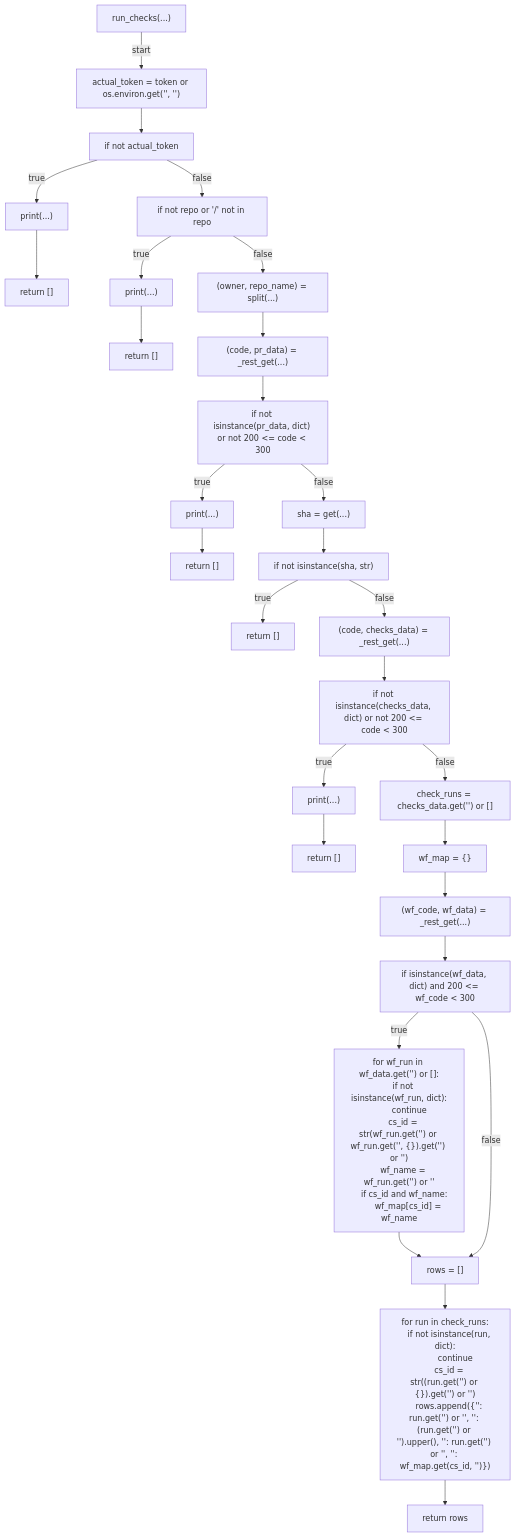
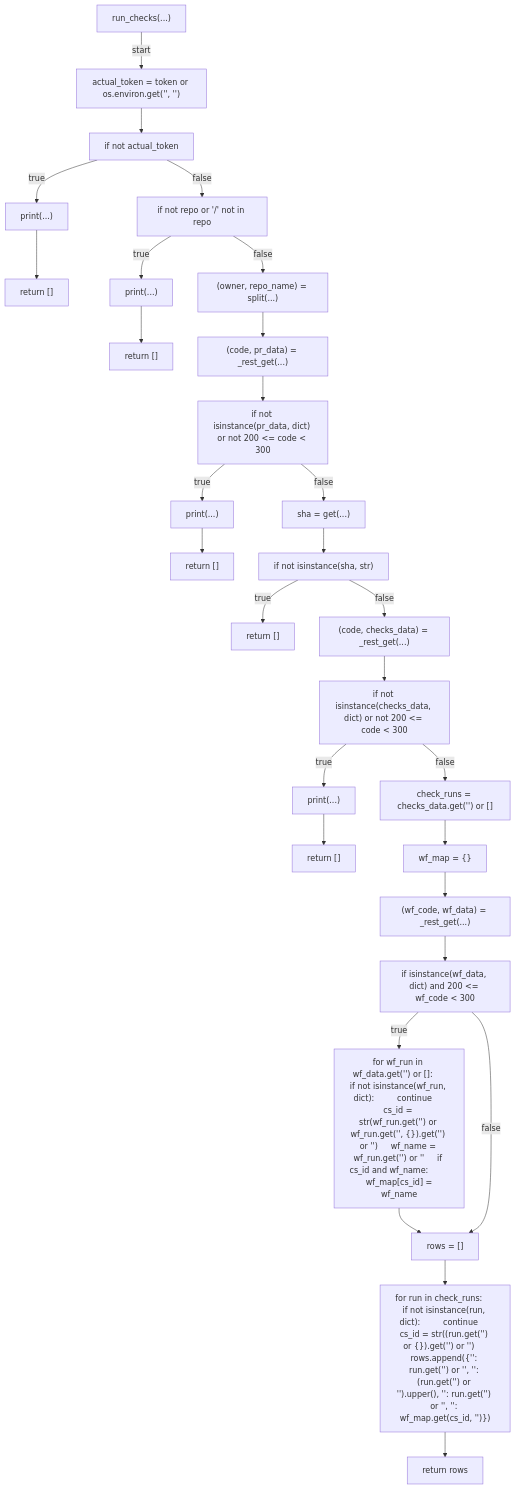
Before and after one commit to tvna/claude-md: the fifth of 11 diagrams in docs/generated/scripts/ast/ci_early_status_probe.md, drawn with Mermaid. The commit also changed other lines of this file and 20 other files, not shown here.

First line of the commit message:
docs(generated): regenerate decision tree and workflow diagrams (batch 1/5)

````diff
--- a/docs/generated/scripts/ast/ci_early_status_probe.md
+++ b/docs/generated/scripts/ast/ci_early_status_probe.md
@@ -132,69 +121,59 @@
 ```mermaid
 flowchart TD
     N001["run_checks(...)"]
     N002["actual_token = token or os.environ.get('<str>', '<str>')"]
     N003["if not actual_token"]
     N004["print(...)"]
     N005["return []"]
     N006["if not repo or '/' not in repo"]
     N007["print(...)"]
     N008["return []"]
     N009["(owner, repo_name) = split(...)"]
     N010["(code, pr_data) = _rest_get(...)"]
     N011["if not isinstance(pr_data, dict) or not 200 <= code < 300"]
     N012["print(...)"]
     N013["return []"]
     N014["sha = get(...)"]
     N015["if not isinstance(sha, str)"]
     N016["return []"]
     N017["(code, checks_data) = _rest_get(...)"]
     N018["if not isinstance(checks_data, dict) or not 200 <= code < 300"]
     N019["print(...)"]
     N020["return []"]
     N021["check_runs = checks_data.get('<str>') or []"]
     N022["wf_map = {}"]
     N023["(wf_code, wf_data) = _rest_get(...)"]
     N024["if isinstance(wf_data, dict) and 200 <= wf_code < 300"]
-    N025["for wf_run in wf_data.get('<str>') or []:
-    if not isinstance(wf_run, dict):
-        continue
-    cs_id = str(wf_run.get('<str>') or wf_run.get('<str>', {}).get('<str>') or '<str>')
-    wf_name = wf_run.get('<str>') or '<str>'
-    if cs_id and wf_name:
-        wf_map[cs_id] = wf_name"]
+    N025["for wf_run in wf_data.get('<str>') or []:     if not isinstance(wf_run, dict):         continue     cs_id = str(wf_run.get('<str>') or wf_run.get('<str>', {}).get('<str>') or '<str>')     wf_name = wf_run.get('<str>') or '<str>'     if cs_id and wf_name:         wf_map[cs_id] = wf_name"]
     N026["rows = []"]
-    N027["for run in check_runs:
-    if not isinstance(run, dict):
-        continue
-    cs_id = str((run.get('<str>') or {}).get('<str>') or '<str>')
-    rows.append({'<str>': run.get('<str>') or '<str>', '<str>': (run.get('<str>') or '<str>').upper(), '<str>': run.get('<str>') or '<str>', '<str>': wf_map.get(cs_id, '<str>')})"]
+    N027["for run in check_runs:     if not isinstance(run, dict):         continue     cs_id = str((run.get('<str>') or {}).get('<str>') or '<str>')     rows.append({'<str>': run.get('<str>') or '<str>', '<str>': (run.get('<str>') or '<str>').upper(), '<str>': run.get('<str>') or '<str>', '<str>': wf_map.get(cs_id, '<str>')})"]
     N028["return rows"]
     N001 -->|"start"| N002
     N002 --> N003
     N003 -->|"true"| N004
     N004 --> N005
     N003 -->|"false"| N006
     N006 -->|"true"| N007
     N007 --> N008
     N006 -->|"false"| N009
     N009 --> N010
     N010 --> N011
     N011 -->|"true"| N012
     N012 --> N013
     N011 -->|"false"| N014
     N014 --> N015
     N015 -->|"true"| N016
     N015 -->|"false"| N017
     N017 --> N018
     N018 -->|"true"| N019
     N019 --> N020
     N018 -->|"false"| N021
     N021 --> N022
     N022 --> N023
     N023 --> N024
     N024 -->|"true"| N025
     N025 --> N026
     N024 -->|"false"| N026
     N026 --> N027
     N027 --> N028
 ```
````
